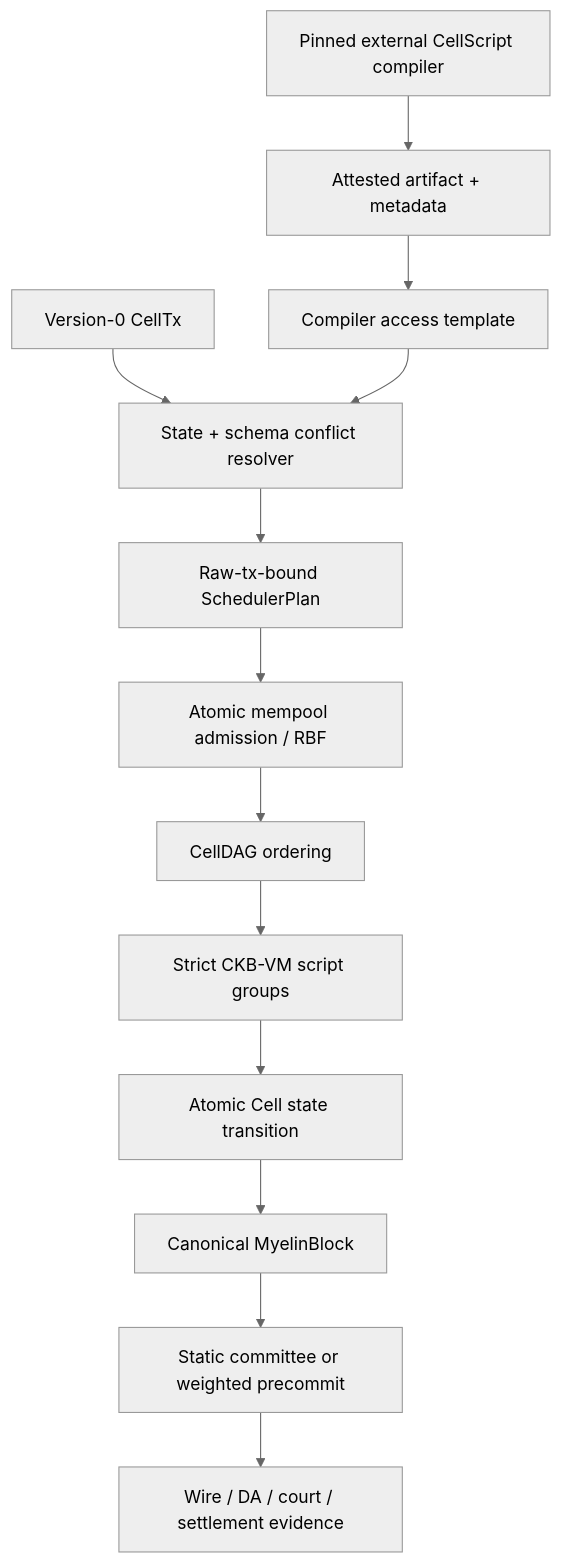
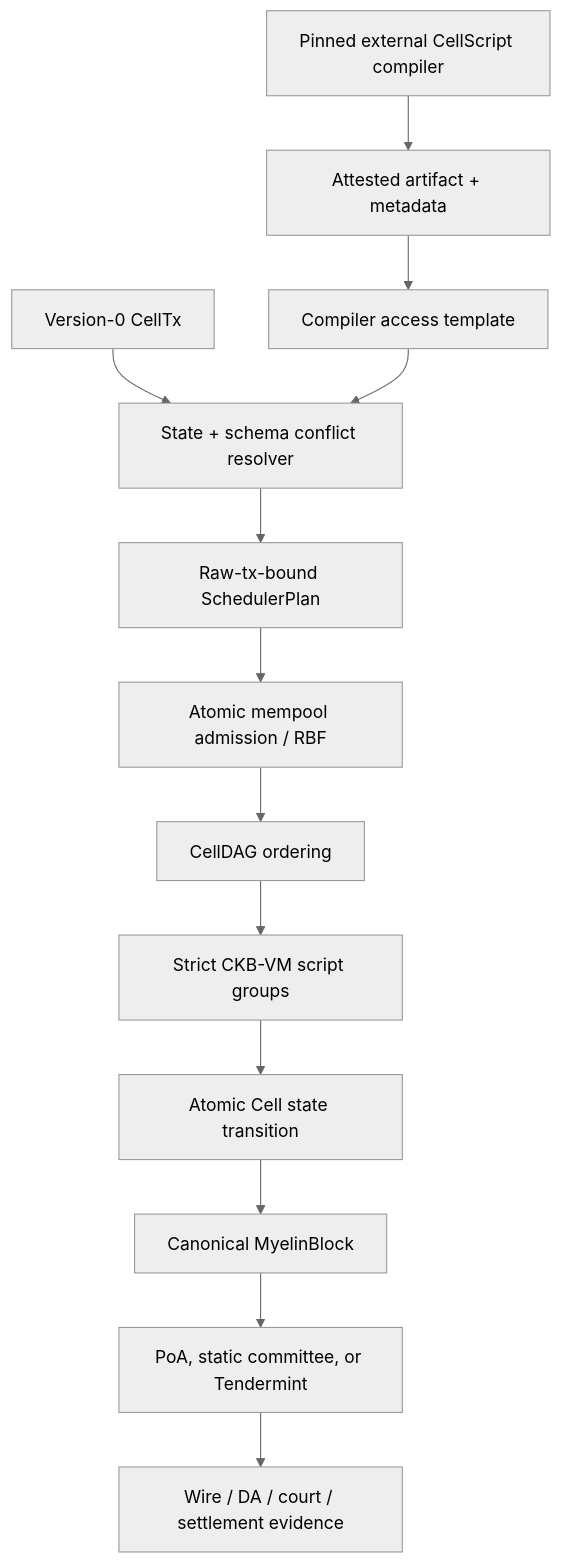
The diagram in docs/MYELIN_ARCHITECTURE.md (Myelin-Labs/Myelin), drawn with Mermaid (neutral theme) before and after one commit. The commit also changed other lines of this file and 75 other files, not shown here.

````diff
--- a/docs/MYELIN_ARCHITECTURE.md
+++ b/docs/MYELIN_ARCHITECTURE.md
@@ -11,15 +31,15 @@
 ```mermaid
 flowchart TD
     CS["Pinned external CellScript compiler"] --> CA["Attested artifact + metadata"]
     CA --> CT["Compiler access template"]
     TX["Version-0 CellTx"] --> CR["State + schema conflict resolver"]
     CT --> CR
     CR --> SP["Raw-tx-bound SchedulerPlan"]
     SP --> MP["Atomic mempool admission / RBF"]
     MP --> DAG["CellDAG ordering"]
     DAG --> VM["Strict CKB-VM script groups"]
     VM --> ST["Atomic Cell state transition"]
     ST --> BL["Canonical MyelinBlock"]
-    BL --> FN["Static committee or weighted precommit"]
+    BL --> FN["PoA, static committee, or Tendermint"]
     FN --> EV["Wire / DA / court / settlement evidence"]
 ```
````
